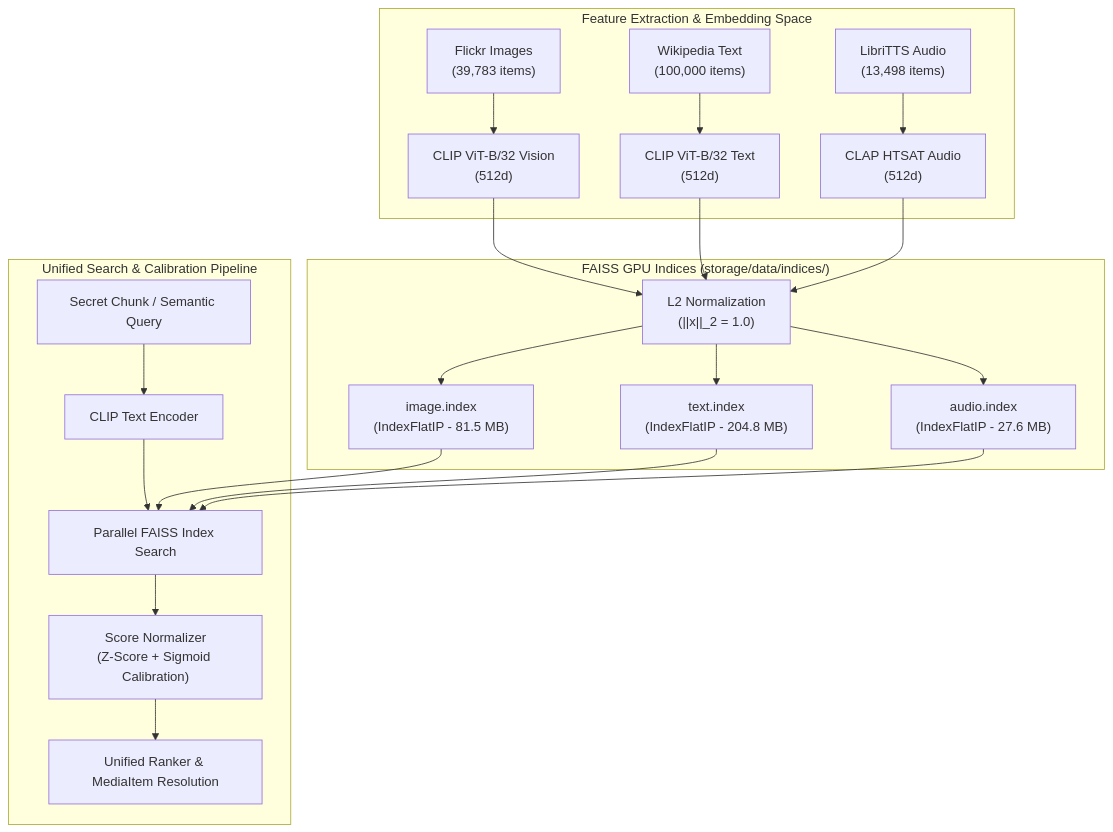
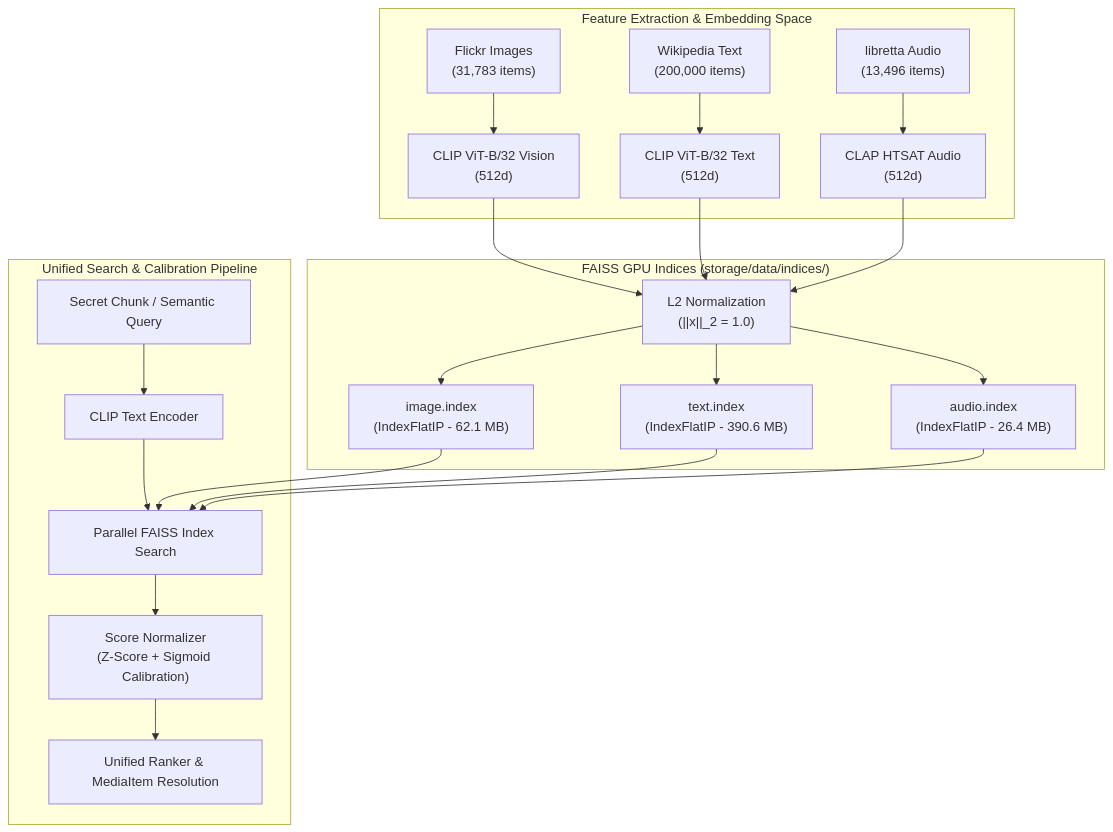
The diagram in docs/modules/03_UNIFIED_MULTIMODAL_INDEXING.md (jeevan4476/DCASS), drawn with Mermaid before and after one commit. The commit also changed other lines of this file and 271 other files, not shown here.

````diff
--- a/docs/modules/03_UNIFIED_MULTIMODAL_INDEXING.md
+++ b/docs/modules/03_UNIFIED_MULTIMODAL_INDEXING.md
@@ -10,28 +10,28 @@
 ```mermaid
 flowchart TD
     subgraph Encoders["Feature Extraction & Embedding Space"]
-        IMG["Flickr Images\n(39,783 items)"] --> CLIP_V["CLIP ViT-B/32 Vision\n(512d)"]
-        TXT["Wikipedia Text\n(100,000 items)"] --> CLIP_T["CLIP ViT-B/32 Text\n(512d)"]
-        AUD["LibriTTS Audio\n(13,498 items)"] --> CLAP_A["CLAP HTSAT Audio\n(512d)"]
+        IMG["Flickr Images\n(31,783 items)"] --> CLIP_V["CLIP ViT-B/32 Vision\n(512d)"]
+        TXT["Wikipedia Text\n(200,000 items)"] --> CLIP_T["CLIP ViT-B/32 Text\n(512d)"]
+        AUD["libretta Audio\n(13,496 items)"] --> CLAP_A["CLAP HTSAT Audio\n(512d)"]
     end
 
     CLIP_V --> NORM["L2 Normalization\n(||x||_2 = 1.0)"]
     CLIP_T --> NORM
     CLAP_A --> NORM
 
     subgraph FAISS["FAISS GPU Indices (storage/data/indices/)"]
-        NORM --> I_IMG["image.index\n(IndexFlatIP - 81.5 MB)"]
-        NORM --> I_TXT["text.index\n(IndexFlatIP - 204.8 MB)"]
-        NORM --> I_AUD["audio.index\n(IndexFlatIP - 27.6 MB)"]
+        NORM --> I_IMG["image.index\n(IndexFlatIP - 62.1 MB)"]
+        NORM --> I_TXT["text.index\n(IndexFlatIP - 390.6 MB)"]
+        NORM --> I_AUD["audio.index\n(IndexFlatIP - 26.4 MB)"]
     end
 
     subgraph Retrieval["Unified Search & Calibration Pipeline"]
         QUERY["Secret Chunk / Semantic Query"] --> Q_ENC["CLIP Text Encoder"]
         Q_ENC --> PAR_SRCH["Parallel FAISS Index Search"]
         I_IMG --> PAR_SRCH
         I_TXT --> PAR_SRCH
         I_AUD --> PAR_SRCH
         PAR_SRCH --> Z_NORM["Score Normalizer\n(Z-Score + Sigmoid Calibration)"]
         Z_NORM --> RANK["Unified Ranker & MediaItem Resolution"]
     end
 ```
````
